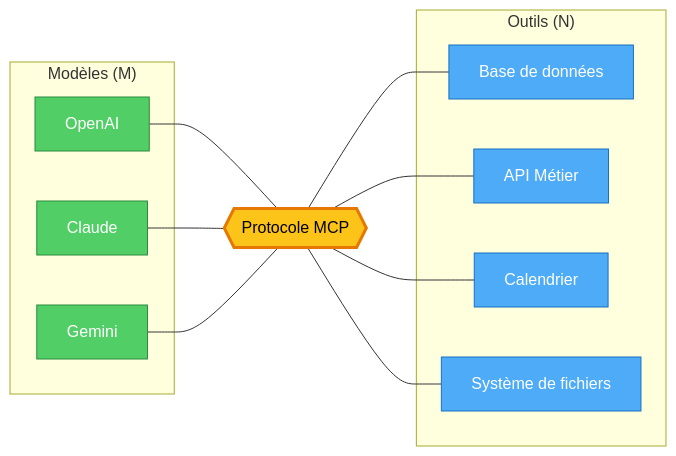
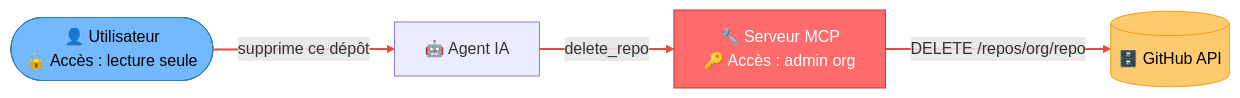
The fifth of 9 diagrams in step_11.md (pi-2r/devoxxfr2026-workshop-jailbreak-prompt-injection-mcp-poisoning), drawn with Mermaid before and after one commit. The commit also changed other lines of this file and 11 other files, not shown here.

````diff
--- a/step_11.md
+++ b/step_11.md
@@ -113,34 +199,14 @@
 ```mermaid
 graph LR
-    subgraph " Modèles (M)"
-        LLM1["OpenAI"]
-        LLM2["Claude"]
-        LLM3["Gemini"]
-    end
+    U(["👤 Utilisateur<br/>🔒 Accès : lecture seule"]) -->|"supprime ce dépôt"| A["🤖 Agent IA"]
+    A -->|delete_repo| MCP["🔧 Serveur MCP<br/>🔑 Accès : admin org"]
+    MCP -->|"DELETE /repos/org/repo"| GH[("🗄️ GitHub API")]
 
-    MCP{{" Protocole MCP"}}
+    style U fill:#74b9ff,stroke:#2980b9,color:#000
+    style MCP fill:#ff6b6b,stroke:#c0392b,color:#fff
+    style GH fill:#fdcb6e,stroke:#f39c12,color:#000
 
-    subgraph "Outils (N)"
-        T1["Base de données"]
-        T2["API Métier"]
-        T3["Calendrier"]
-        T4["Système de fichiers"]
-    end
-
-    LLM1 --- MCP
-    LLM2 --- MCP
-    LLM3 --- MCP
-    MCP --- T1
-    MCP --- T2
-    MCP --- T3
-    MCP --- T4
-
-    style LLM1 fill:#51cf66,stroke:#2b8a3e,color:#fff
-    style LLM2 fill:#51cf66,stroke:#2b8a3e,color:#fff
-    style LLM3 fill:#51cf66,stroke:#2b8a3e,color:#fff
-    style MCP fill:#fcc419,stroke:#e67700,color:#000,stroke-width:3px
-    style T1 fill:#4dabf7,stroke:#1971c2,color:#fff
-    style T2 fill:#4dabf7,stroke:#1971c2,color:#fff
-    style T3 fill:#4dabf7,stroke:#1971c2,color:#fff
-    style T4 fill:#4dabf7,stroke:#1971c2,color:#fff
+    linkStyle 0 stroke:#e74c3c,stroke-width:2px
+    linkStyle 1 stroke:#e74c3c,stroke-width:2px
+    linkStyle 2 stroke:#e74c3c,stroke-width:2px
 ```
````
